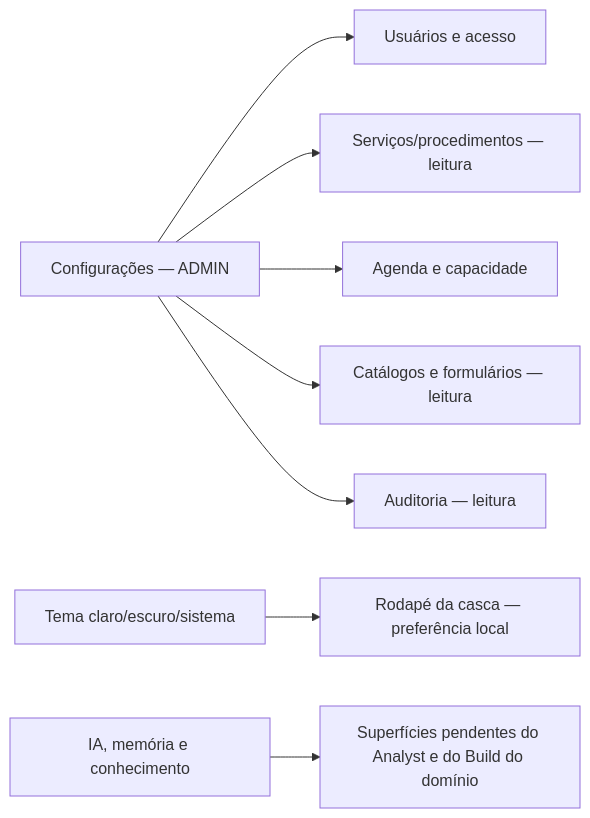
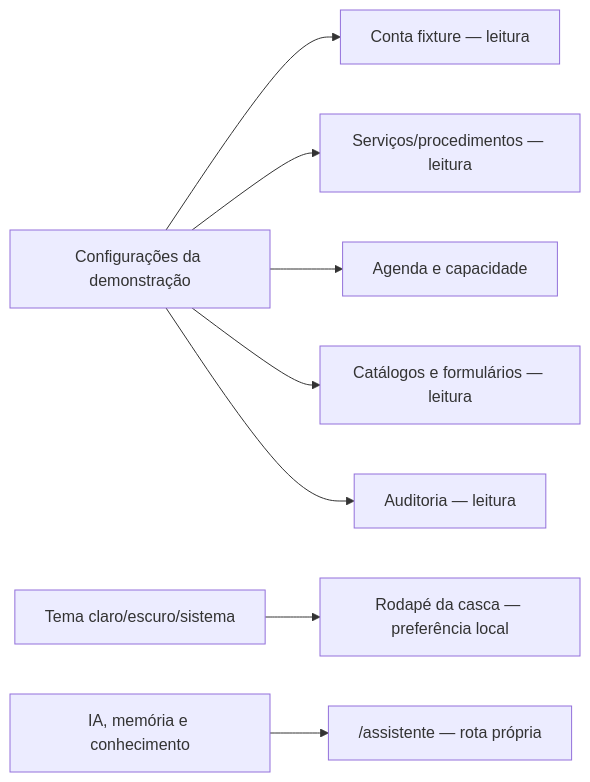
One commit to nmarcofernandess/antessala changed the second of 3 diagrams in hack/domains/ANALYST-superficies-e-configuracoes.md. Above: the diagram before and after it, drawn with Mermaid. The commit also changed other lines of this file and 29 other files, not shown here.

````diff
--- a/hack/domains/ANALYST-superficies-e-configuracoes.md
+++ b/hack/domains/ANALYST-superficies-e-configuracoes.md
@@ -209,10 +225,10 @@
 ```mermaid
 flowchart LR
-  config["Configurações — ADMIN"] --> users["Usuários e acesso"]
+  config["Configurações da demonstração"] --> account["Conta fixture — leitura"]
   config --> operation["Serviços/procedimentos — leitura"]
   config --> capacity["Agenda e capacidade"]
   config --> catalogs["Catálogos e formulários — leitura"]
   config --> audit["Auditoria — leitura"]
   theme["Tema claro/escuro/sistema"] --> shell["Rodapé da casca — preferência local"]
-  ai["IA, memória e conhecimento"] --> unresolved["Superfícies pendentes do Analyst e do Build do domínio"]
+  ai["IA, memória e conhecimento"] --> assistant["/assistente — rota própria"]
 ```
````
